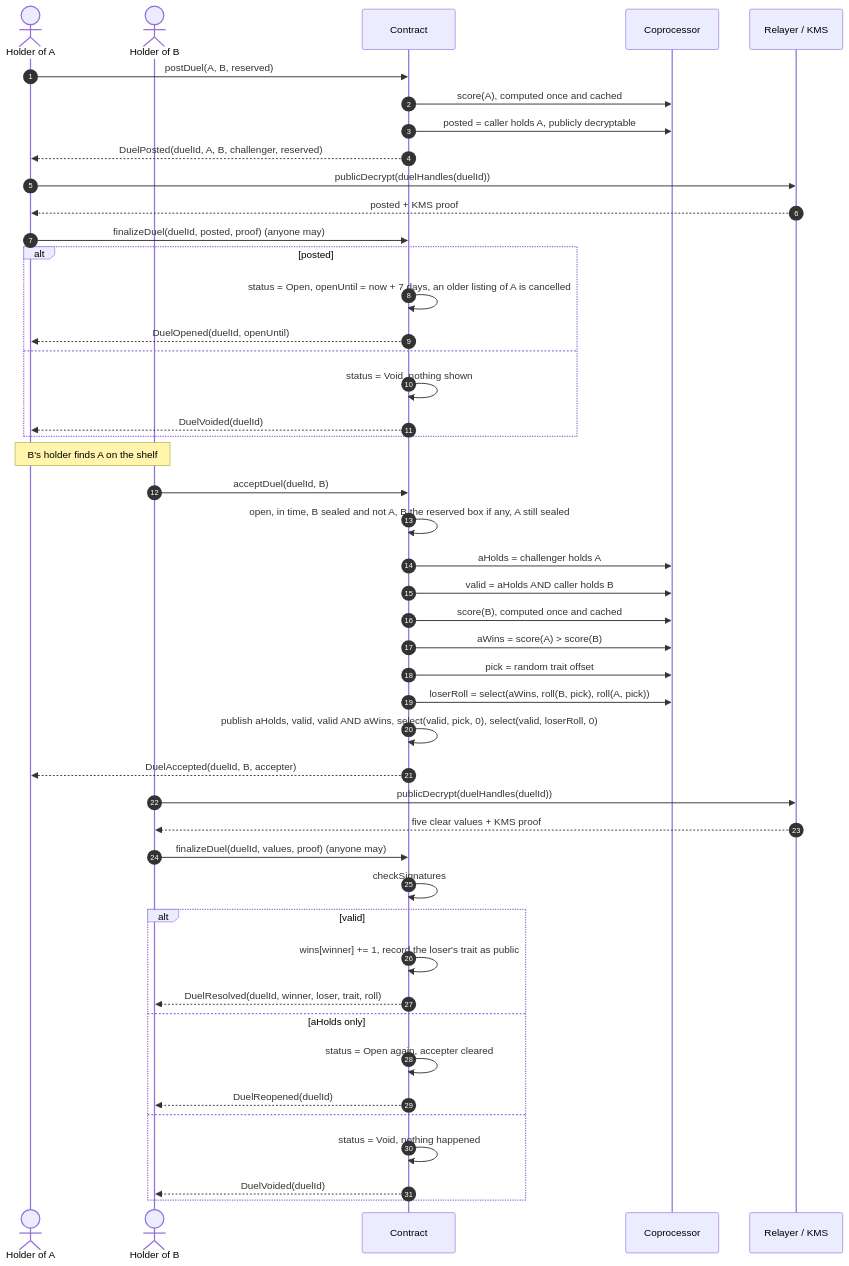
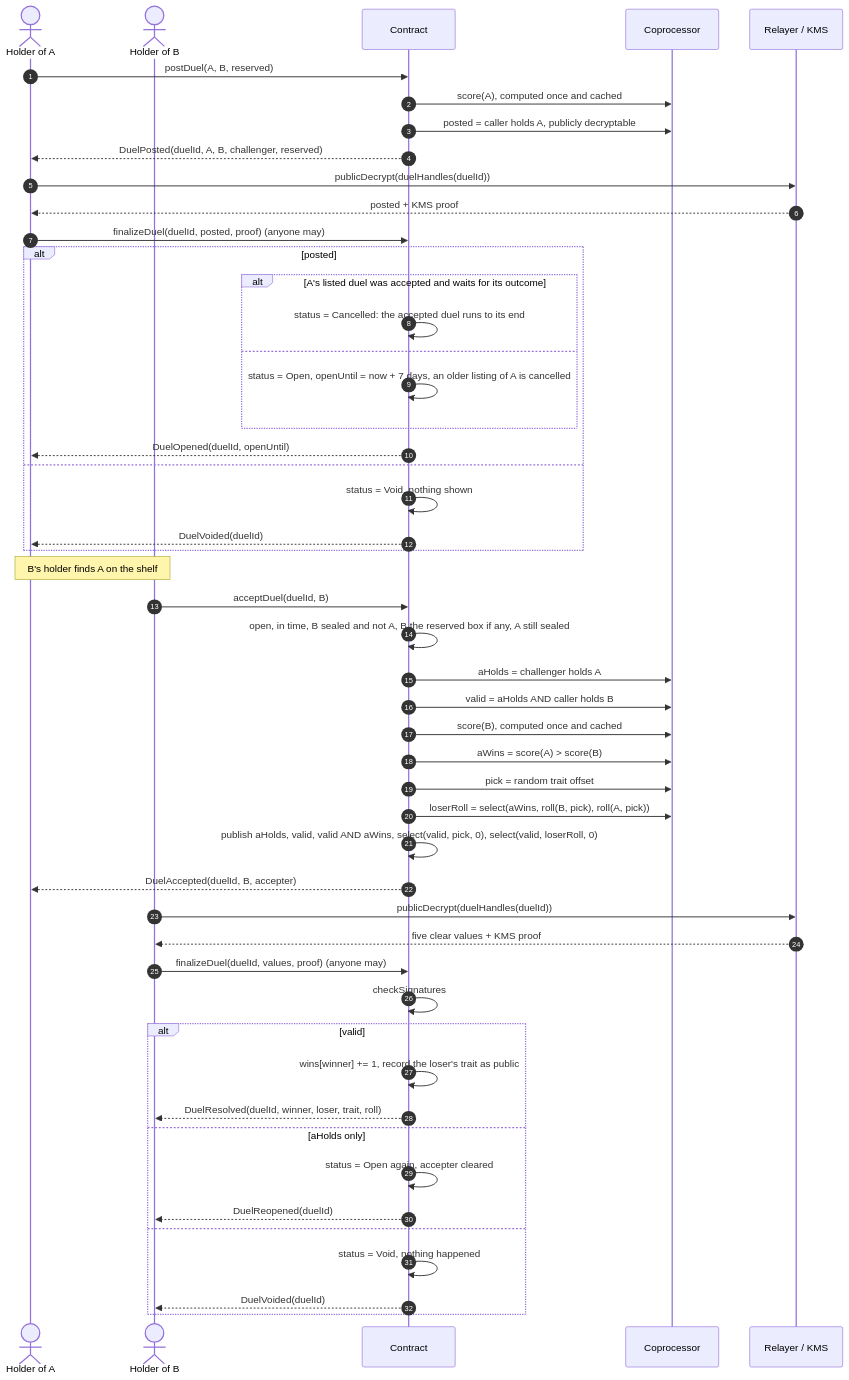
Before and after one commit to jecombe/do_not_open: the tenth of 25 diagrams in docs/FLOWS.md, drawn with Mermaid. The commit also changed other lines of this file and 35 other files, not shown here.

Commit message:
Close the holes the security review found, so empty ids no longer drain the Pantry, nobody reads the revenue or the treasury's share, and an accepted duel runs to its end

````diff
--- a/docs/FLOWS.md
+++ b/docs/FLOWS.md
@@ -315,48 +318,52 @@
 ```mermaid
 sequenceDiagram
   autonumber
   actor A as Holder of A
   actor B as Holder of B
   participant C as Contract
   participant Co as Coprocessor
   participant R as Relayer / KMS
   A->>C: postDuel(A, B, reserved)
   C->>Co: score(A), computed once and cached
   C->>Co: posted = caller holds A, publicly decryptable
   C-->>A: DuelPosted(duelId, A, B, challenger, reserved)
   A->>R: publicDecrypt(duelHandles(duelId))
   R-->>A: posted + KMS proof
   A->>C: finalizeDuel(duelId, posted, proof) (anyone may)
   alt posted
-    C->>C: status = Open, openUntil = now + 7 days, an older listing of A is cancelled
+    alt A's listed duel was accepted and waits for its outcome
+      C->>C: status = Cancelled: the accepted duel runs to its end
+    else
+      C->>C: status = Open, openUntil = now + 7 days, an older listing of A is cancelled
+    end
     C-->>A: DuelOpened(duelId, openUntil)
   else
     C->>C: status = Void, nothing shown
     C-->>A: DuelVoided(duelId)
   end
   Note over A,B: B's holder finds A on the shelf
   B->>C: acceptDuel(duelId, B)
   C->>C: open, in time, B sealed and not A, B the reserved box if any, A still sealed
   C->>Co: aHolds = challenger holds A
   C->>Co: valid = aHolds AND caller holds B
   C->>Co: score(B), computed once and cached
   C->>Co: aWins = score(A) > score(B)
   C->>Co: pick = random trait offset
   C->>Co: loserRoll = select(aWins, roll(B, pick), roll(A, pick))
   C->>C: publish aHolds, valid, valid AND aWins, select(valid, pick, 0), select(valid, loserRoll, 0)
   C-->>A: DuelAccepted(duelId, B, accepter)
   B->>R: publicDecrypt(duelHandles(duelId))
   R-->>B: five clear values + KMS proof
   B->>C: finalizeDuel(duelId, values, proof) (anyone may)
   C->>C: checkSignatures
   alt valid
     C->>C: wins[winner] += 1, record the loser's trait as public
     C-->>B: DuelResolved(duelId, winner, loser, trait, roll)
   else aHolds only
     C->>C: status = Open again, accepter cleared
     C-->>B: DuelReopened(duelId)
   else
     C->>C: status = Void, nothing happened
     C-->>B: DuelVoided(duelId)
   end
 ```
````
